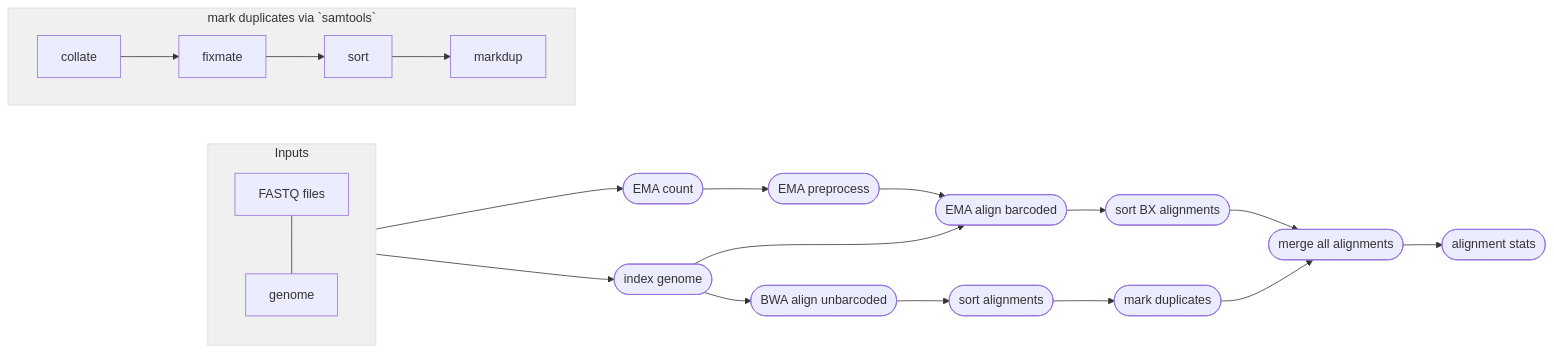
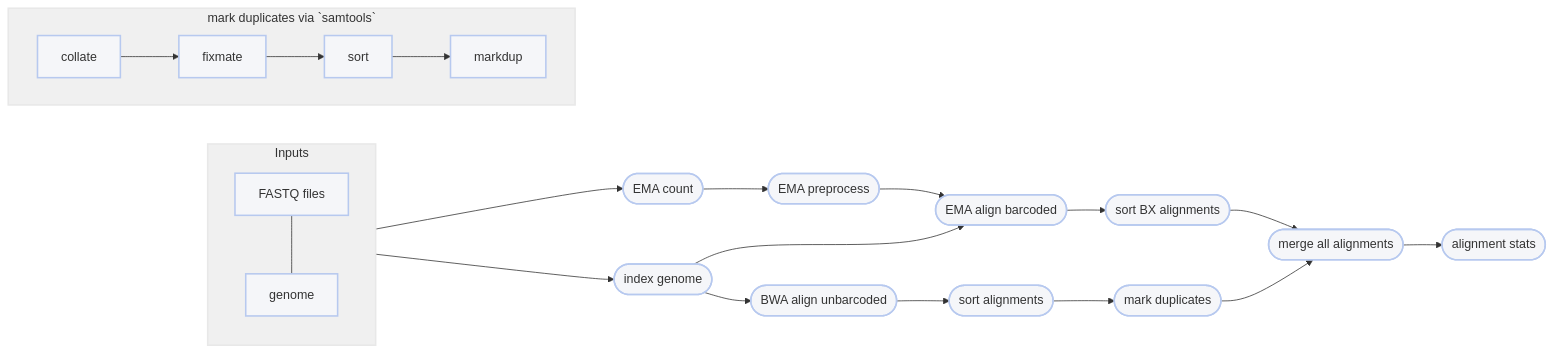
Before and after one commit to pdimens/harpy: the diagram in Modules/Align/ema.md, drawn with Mermaid. The commit also changed 11 other files, not shown here.

Commit message:
update all mermaids

````diff
--- a/Modules/Align/ema.md
+++ b/Modules/Align/ema.md
@@ -105,26 +105,26 @@
 ```mermaid
 graph LR
     subgraph Inputs
-        trm[FASTQ files]---geno[genome]
+        trm[FASTQ files]:::clean---geno[genome]:::clean
     end
     Inputs-->A & IDX
-    A([EMA count]) --> B([EMA preprocess])
-    B-->C([EMA align barcoded])
-    C-->D([sort BX alignments])
-    D-->F([merge all alignments])
-    IDX([index genome])-->C
-    IDX-->Z([BWA align unbarcoded])
-    Z-->Y([sort alignments])
-    Y-->X([mark duplicates])
+    A([EMA count]):::clean --> B([EMA preprocess]):::clean
+    B-->C([EMA align barcoded]):::clean
+    C-->D([sort BX alignments]):::clean
+    D-->F([merge all alignments]):::clean
+    IDX([index genome]):::clean-->C
+    IDX-->Z([BWA align unbarcoded]):::clean
+    Z-->Y([sort alignments]):::clean
+    Y-->X([mark duplicates]):::clean
     X-->F
-    F-->J([alignment stats])
+    F-->J([alignment stats]):::clean
     subgraph markdp [mark duplicates via `samtools`]
         direction LR
-        collate-->fixmate
-        fixmate-->sort
-        sort-->markdup
+        collate:::clean-->fixmate:::clean
+        fixmate-->sort:::clean
+        sort-->markdup:::clean
     end
     style markdp fill:#f0f0f0,stroke:#e8e8e8,stroke-width:2px
     style Inputs fill:#f0f0f0,stroke:#e8e8e8,stroke-width:2px
-
+    classDef clean fill:#f5f6f9,stroke:#b7c9ef,stroke-width:2px
 ```
````
